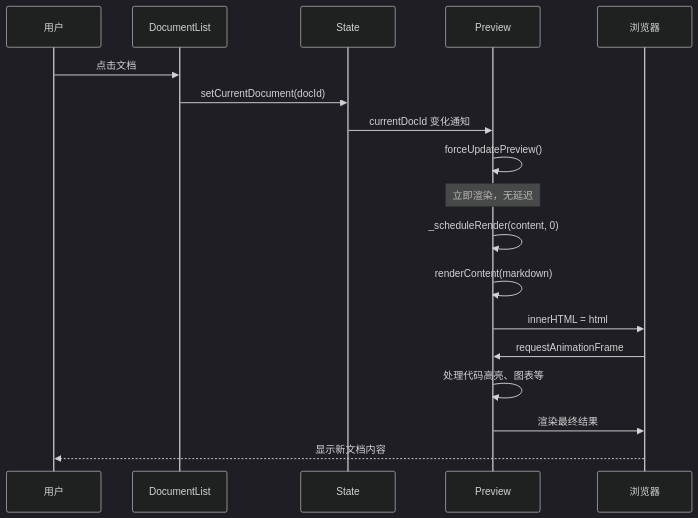
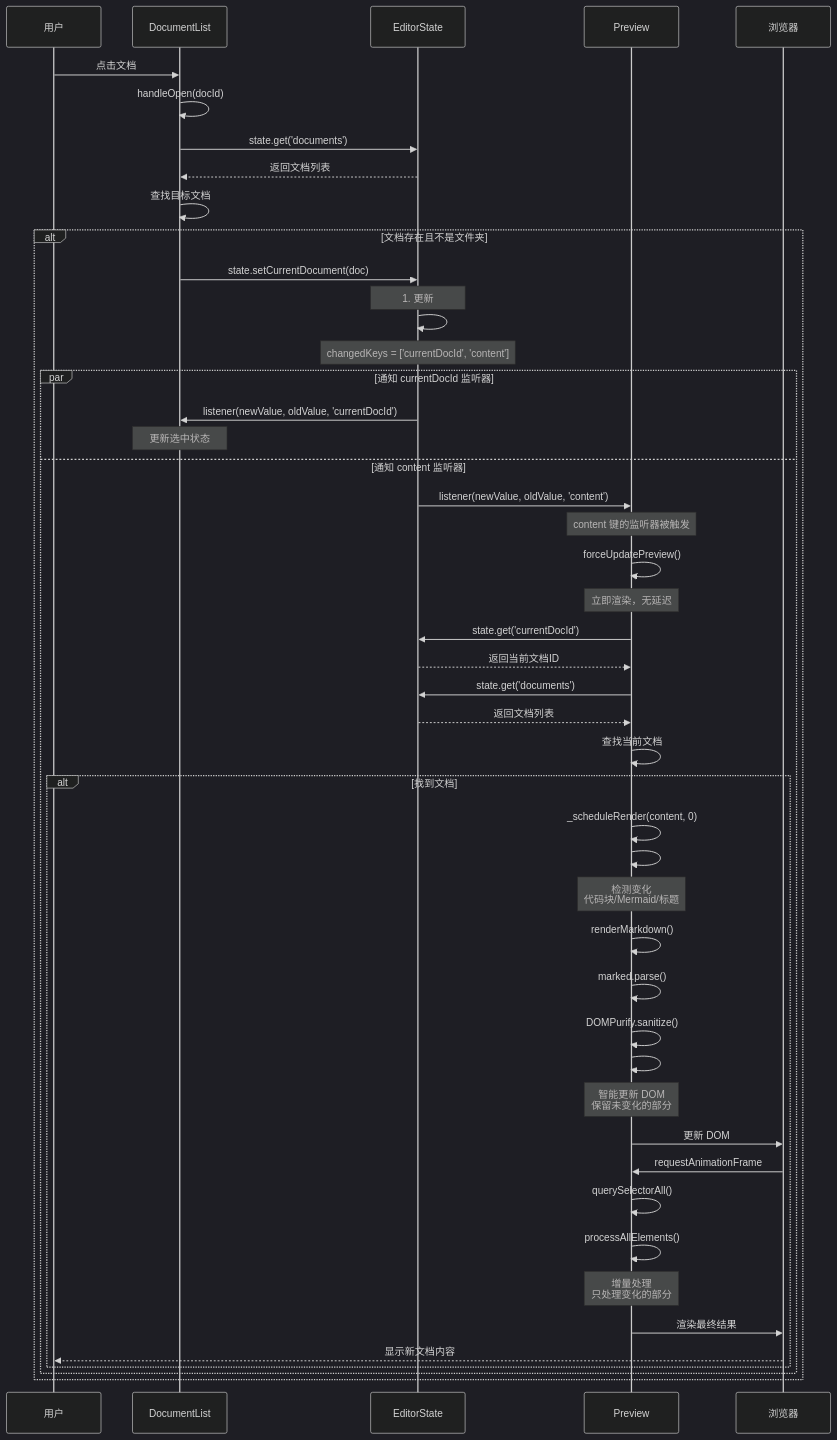
Before and after one commit to ZCShou/markdown: the third of 8 diagrams in docs/preview.md, drawn with Mermaid (dark theme). The commit also changed other lines of this file and 1 other file, not shown here.

First line of the commit message:
refactor: implement incremental rendering in Preview component

````diff
--- a/docs/preview.md
+++ b/docs/preview.md
@@ -191,21 +230,66 @@
 ```mermaid
 sequenceDiagram
     participant User as 用户
     participant DocList as DocumentList
-    participant State as State
+    participant State as EditorState
     participant Preview as Preview
     participant Browser as 浏览器
 
     User->>DocList: 点击文档
-    DocList->>State: setCurrentDocument(docId)
-    State->>Preview: currentDocId 变化通知
-    Preview->>Preview: forceUpdatePreview()
-    Note over Preview: 立即渲染，无延迟
-    Preview->>Preview: _scheduleRender(content, 0)
-    Preview->>Preview: renderContent(markdown)
-    Preview->>Browser: innerHTML = html
-    Browser->>Preview: requestAnimationFrame
-    Preview->>Preview: 处理代码高亮、图表等
-    Preview->>Browser: 渲染最终结果
-    Browser-->>User: 显示新文档内容
+    DocList->>DocList: handleOpen(docId)
+    
+    DocList->>State: state.get('documents')
+    State-->>DocList: 返回文档列表
+    
+    DocList->>DocList: 查找目标文档
+    
+    alt 文档存在且不是文件夹
+        DocList->>State: state.setCurrentDocument(doc)
+        Note over State: 1. 更新 #state.currentDocId<br/>2. 更新 #state.content<br/>3. 调用 #notify()
+        
+        State->>State: #notify(oldState, newState, changedKeys)
+        Note over State: changedKeys = ['currentDocId', 'content']
+        
+        par 通知 currentDocId 监听器
+            State->>DocList: listener(newValue, oldValue, 'currentDocId')
+            Note over DocList: 更新选中状态
+        and 通知 content 监听器
+            State->>Preview: listener(newValue, oldValue, 'content')
+            Note over Preview: content 键的监听器被触发
+            
+            Preview->>Preview: forceUpdatePreview()
+            Note over Preview: 立即渲染，无延迟
+            
+            Preview->>State: state.get('currentDocId')
+            State-->>Preview: 返回当前文档ID
+            
+            Preview->>State: state.get('documents')
+            State-->>Preview: 返回文档列表
+            
+            Preview->>Preview: 查找当前文档
+            
+            alt 找到文档
+                Preview->>Preview: _scheduleRender(content, 0)
+                Preview->>Preview: #detectChanges()
+                Note over Preview: 检测变化<br/>代码块/Mermaid/标题
+                
+                Preview->>Preview: renderMarkdown()
+                Preview->>Preview: marked.parse()
+                Preview->>Preview: DOMPurify.sanitize()
+                
+                Preview->>Preview: #updateDOMSmart()
+                Note over Preview: 智能更新 DOM<br/>保留未变化的部分
+                
+                Preview->>Browser: 更新 DOM
+                
+                Browser->>Preview: requestAnimationFrame
+                Preview->>Preview: querySelectorAll()
+                Preview->>Preview: processAllElements()
+                Note over Preview: 增量处理<br/>只处理变化的部分
+                
+                Preview->>Browser: 渲染最终结果
+                Browser-->>User: 显示新文档内容
+            end
+        end
+    end
 ```
````
